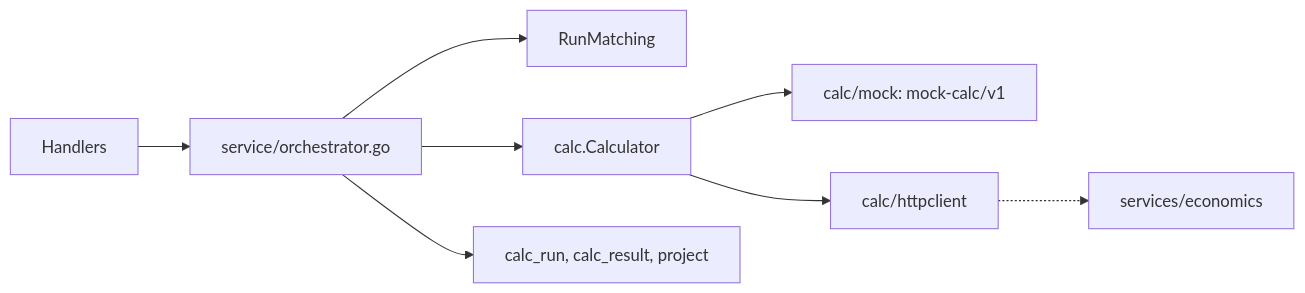
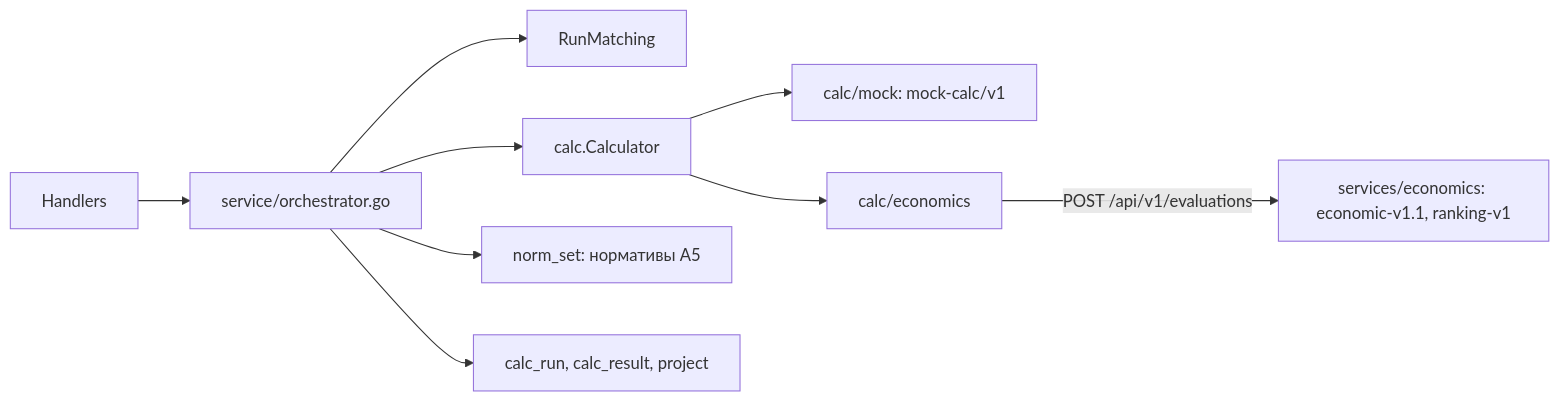
Before and after one commit to RAV5-team/brobots: the second of 2 diagrams in docs/orchestrator.md, drawn with Mermaid. The commit also changed other lines of this file and 51 other files, not shown here.

First line of the commit message:
feat(api): integrate economics service into the project orchestrator

````diff
--- a/docs/orchestrator.md
+++ b/docs/orchestrator.md
@@ -223,10 +223,11 @@
 ```mermaid
 flowchart LR
   Handlers --> Orch["service/orchestrator.go"]
   Orch --> Matching["RunMatching"]
   Orch --> Port["calc.Calculator"]
   Port --> Mock["calc/mock: mock-calc/v1"]
-  Port --> Client["calc/httpclient"]
-  Client -.-> Economics["services/economics"]
+  Port --> Client["calc/economics"]
+  Client -->|"POST /api/v1/evaluations"| Economics["services/economics: economic-v1.1, ranking-v1"]
+  Orch --> Norms["norm_set: нормативы А5"]
   Orch --> Store["calc_run, calc_result, project"]
 ```
````
